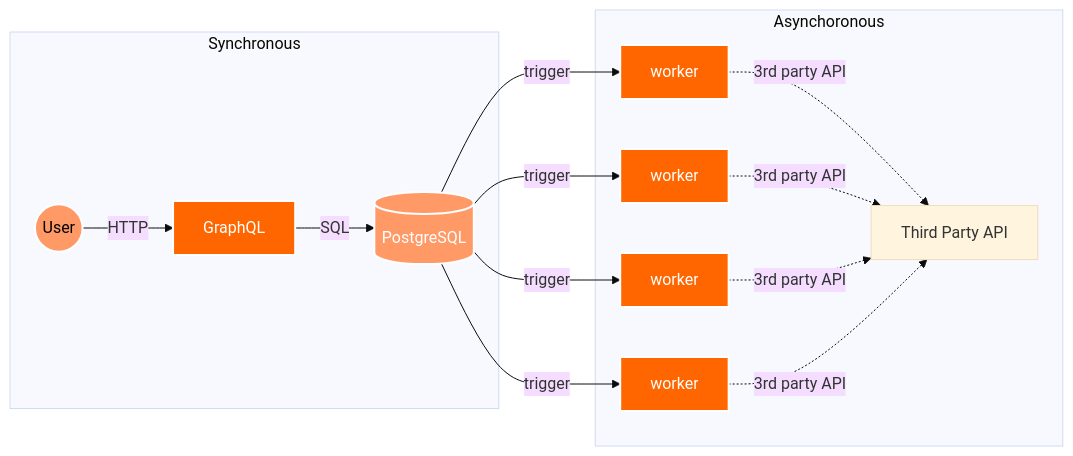
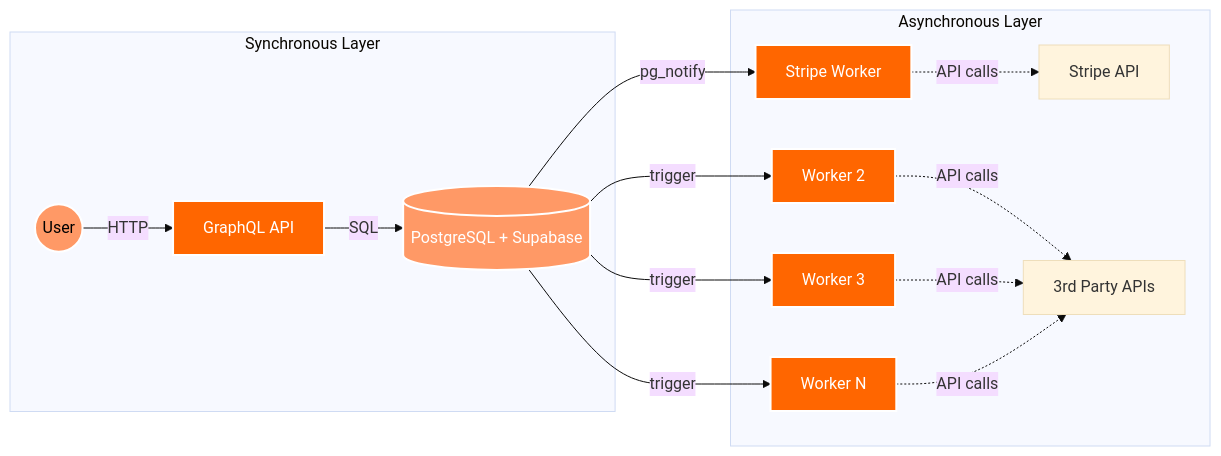
Before and after one commit to daviddwlee84/AsyncFrameworkDemo: the diagram in README.md, drawn with Mermaid (base theme). The commit also changed other lines of this file and 28 other files, not shown here.

````diff
--- a/README.md
+++ b/README.md
@@ -5,36 +9,37 @@
 ```mermaid
 graph LR
-    User((User)) -->|HTTP| GraphQL[GraphQL]
-    GraphQL -->|SQL| PostgreSQL[(PostgreSQL)]
-    PostgreSQL -->|trigger| Worker1[worker]
-    PostgreSQL -->|trigger| Worker2[worker]
-    PostgreSQL -->|trigger| Worker3[worker]
-    PostgreSQL -->|trigger| Worker4[worker]
+    User((User)) -->|HTTP| GraphQL[GraphQL API]
+    GraphQL -->|SQL| PostgreSQL[(PostgreSQL + Supabase)]
+    PostgreSQL -->|pg_notify| Worker1[Stripe Worker]
+    PostgreSQL -->|trigger| Worker2[Worker 2]
+    PostgreSQL -->|trigger| Worker3[Worker 3]
+    PostgreSQL -->|trigger| Worker4[Worker N]
     
-    Worker1 -.->|3rd party API| API[Third Party API]
-    Worker2 -.->|3rd party API| API
-    Worker3 -.->|3rd party API| API
-    Worker4 -.->|3rd party API| API
+    Worker1 -.->|API calls| Stripe[Stripe API]
+    Worker2 -.->|API calls| API[3rd Party APIs]
+    Worker3 -.->|API calls| API
+    Worker4 -.->|API calls| API
     
-    subgraph Sync[Synchronous]
+    subgraph Sync[Synchronous Layer]
         User
         GraphQL
         PostgreSQL
     end
     
-    subgraph Async[Asynchoronous]
+    subgraph Async[Asynchronous Layer]
         Worker1
         Worker2
         Worker3
         Worker4
+        Stripe
         API
     end
     
     classDef orange fill:#ff6600,stroke:#fff,stroke-width:2px,color:#fff
     classDef database fill:#ff9966,stroke:#fff,stroke-width:2px,color:#fff
     classDef user fill:#ff9966,stroke:#fff,stroke-width:2px,color:#000
     
     class GraphQL,Worker1,Worker2,Worker3,Worker4 orange
     class PostgreSQL database
     class User user
 ```
````
